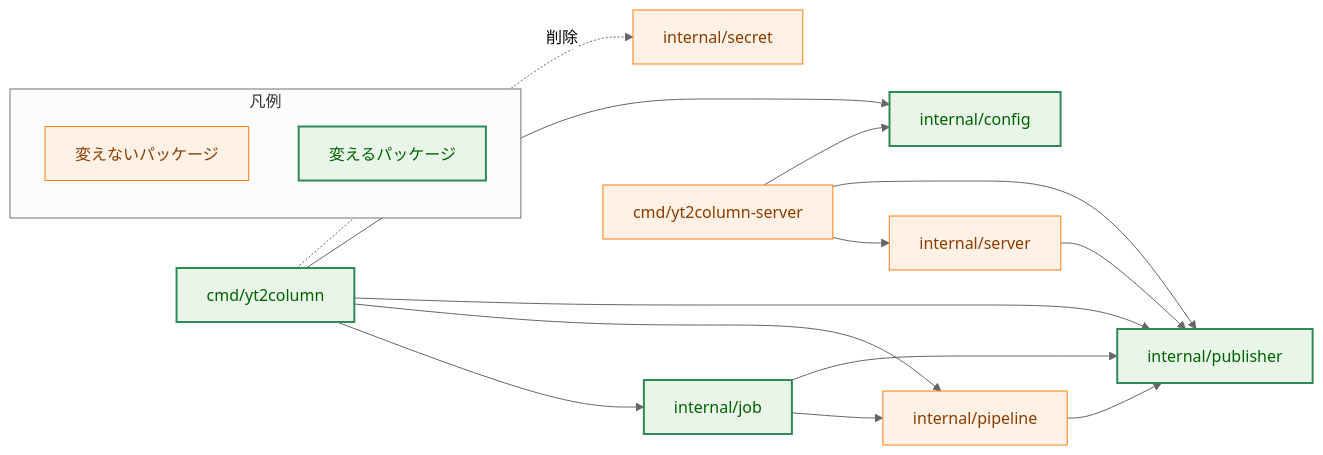
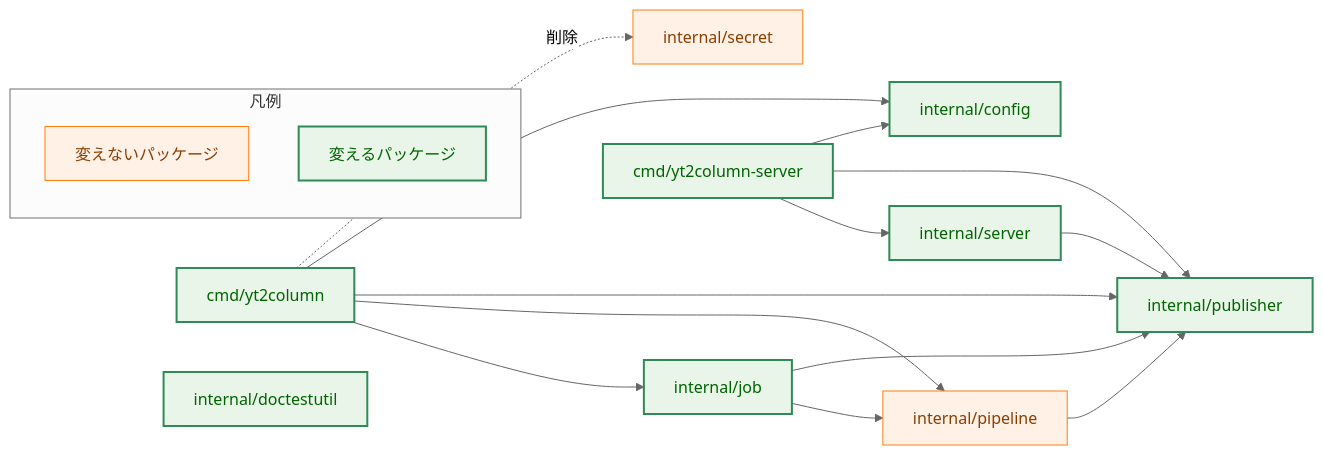
The second of 4 diagrams in docs/tasks/0062_remove_cli_slack/02_architecture.md (isseis/yt2column), drawn with Mermaid (neutral theme) before and after one commit. The commit also changed other lines of this file, not shown here.

First line of the commit message:
docs(0062): address the architecture review findings

````diff
--- a/docs/tasks/0062_remove_cli_slack/02_architecture.md
+++ b/docs/tasks/0062_remove_cli_slack/02_architecture.md
@@ -98,37 +103,38 @@
 ```mermaid
 flowchart LR
     classDef process fill:#fff1e6,stroke:#ff7f0e,stroke-width:1px,color:#8a3e00;
     classDef enhanced fill:#e8f5e8,stroke:#2e8b57,stroke-width:2px,color:#006400;
 
     CLI["cmd/yt2column"]
     JOB["internal/job"]
     PIPE["internal/pipeline"]
     PUB["internal/publisher"]
     CFG["internal/config"]
     SECRET["internal/secret"]
     SRVCMD["cmd/yt2column-server"]
     SRV["internal/server"]
+    DOCT["internal/doctestutil"]
 
     CLI --> JOB
     CLI --> PIPE
     CLI --> PUB
     CLI --> CFG
     JOB --> PIPE
     JOB --> PUB
     PIPE --> PUB
     SRVCMD --> SRV
     SRVCMD --> PUB
     SRVCMD --> CFG
     SRV --> PUB
     CLI -.->|"削除"| SECRET
 
-    class CLI,JOB,PUB,CFG enhanced
-    class PIPE,SRVCMD,SRV,SECRET process
+    class CLI,JOB,PUB,CFG,SRVCMD,SRV,DOCT enhanced
+    class PIPE,SECRET process
 
     subgraph Legend["凡例"]
         L1["変えないパッケージ"]
         L2["変えるパッケージ"]
     end
     class L1 process
     class L2 enhanced
 ```
````
